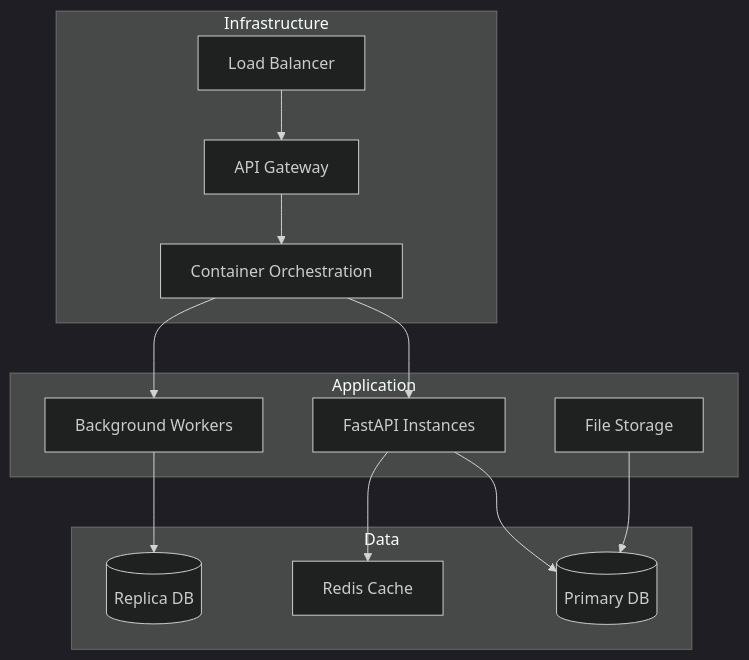
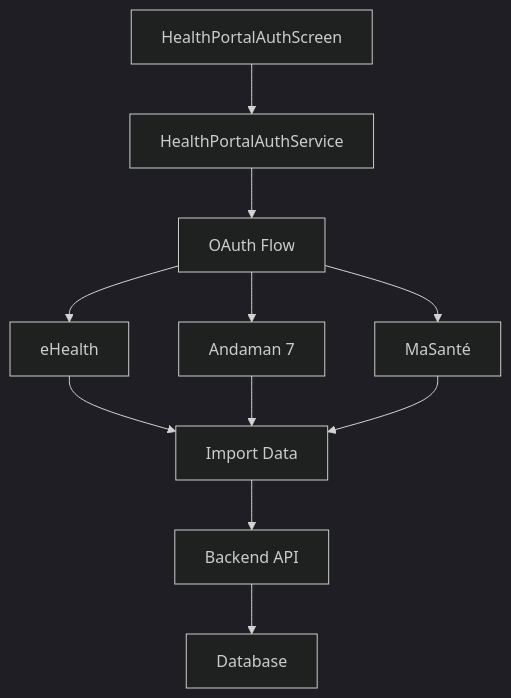
The eighth of 9 diagrams in docs/ARCHITECTURE.md (arkalia-luna-system/arkalia-cia), drawn with Mermaid (dark theme) before and after one commit. The commit also changed other lines of this file and 32 other files, not shown here.

````diff
--- a/docs/ARCHITECTURE.md
+++ b/docs/ARCHITECTURE.md
@@ -338,29 +335,13 @@
 ```mermaid
 graph TB
-    subgraph "Infrastructure"
-        A[Load Balancer]
-        B[API Gateway]
-        C[Container Orchestration]
-    end
-
-    subgraph "Application"
-        D[FastAPI Instances]
-        E[Background Workers]
-        F[File Storage]
-    end
-
-    subgraph "Data"
-        G[(Primary DB)]
-        H[(Replica DB)]
-        I[Redis Cache]
-    end
-
-    A --> B
-    B --> C
-    C --> D
-    C --> E
-    D --> G
-    E --> H
-    D --> I
+    A[HealthPortalAuthScreen] --> B[HealthPortalAuthService]
+    B --> C[OAuth Flow]
+    C --> D[eHealth]
+    C --> E[Andaman 7]
+    C --> F[MaSanté]
+    D --> G[Import Data]
+    E --> G
     F --> G
+    G --> H[Backend API]
+    H --> I[Database]
 ```
````
